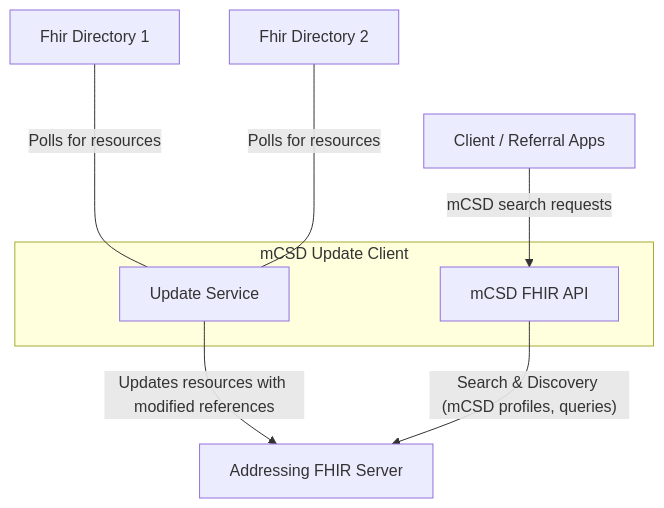
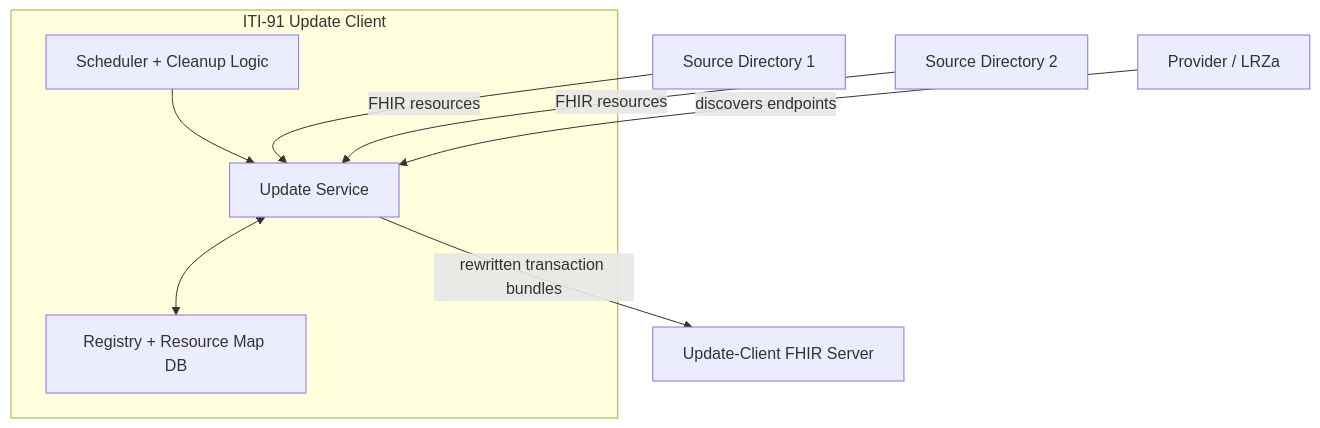
The diagram in services/iti-91/docs/README.md (SYS-Supporting-Your-Systems-B-V/PoC-11), drawn with Mermaid before and after one commit. The commit also changed other lines of this file and 8 other files, not shown here.

````diff
--- a/services/iti-91/docs/README.md
+++ b/services/iti-91/docs/README.md
@@ -17,20 +12,20 @@
 ```mermaid
+graph TD
+    A[Source Directory 1]
+    B[Source Directory 2]
+    P[Provider / LRZa]
 
-graph TD
-    A[Fhir Directory 1]
-    B[Fhir Directory 2]
-    
-    A <---|Polls for resources| C
-    B <---|Polls for resources| C
+    P -->|discovers endpoints| C
+    A -->|FHIR resources| C
+    B -->|FHIR resources| C
 
-    subgraph Component["mCSD Update Client"]
+    subgraph Component["ITI-91 Update Client"]
         C[Update Service]
-        E[mCSD FHIR API]
+        D[Registry + Resource Map DB]
+        E[Scheduler + Cleanup Logic]
     end
- 
-    C -->|Updates resources with modified references| D[Addressing FHIR Server]
-    E -->|"Search & Discovery (mCSD profiles, queries)"| D
-    
-    Users[Client / Referral Apps] -->|mCSD search requests| E
-    
+
+    C <--> D
+    E --> C
+    C -->|rewritten transaction bundles| F[Update-Client FHIR Server]
 ```
````
